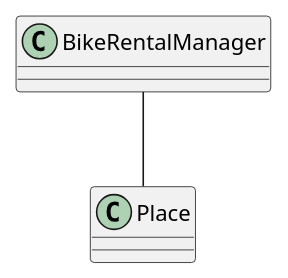
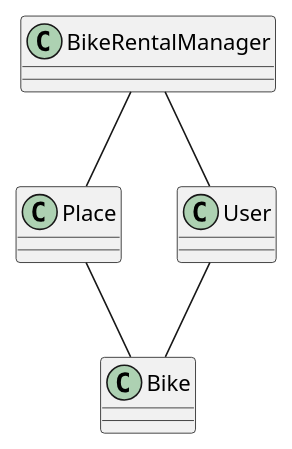
Before and after one commit to jonhallem/gr2247: the diagram in docs/release1/release1Dokumentasjon.md, drawn with PlantUML.

Commit message:
Oppdatere dokumentasjon med flere klasser
Test for å se om startUML-klasser vises i github.

````diff
--- a/docs/release1/release1Dokumentasjon.md
+++ b/docs/release1/release1Dokumentasjon.md
@@ -2,5 +2,8 @@
 ```plantuml
 @startuml
 BikeRentalManager -- Place
+BikeRentalManager -- User
+Place -- Bike
+User -- Bike
 @enduml
 ```
````
